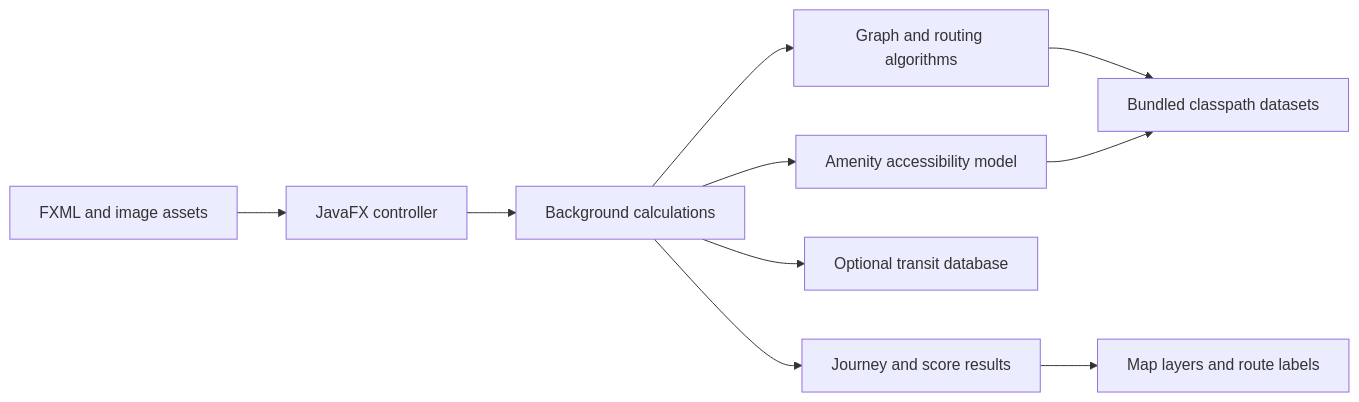
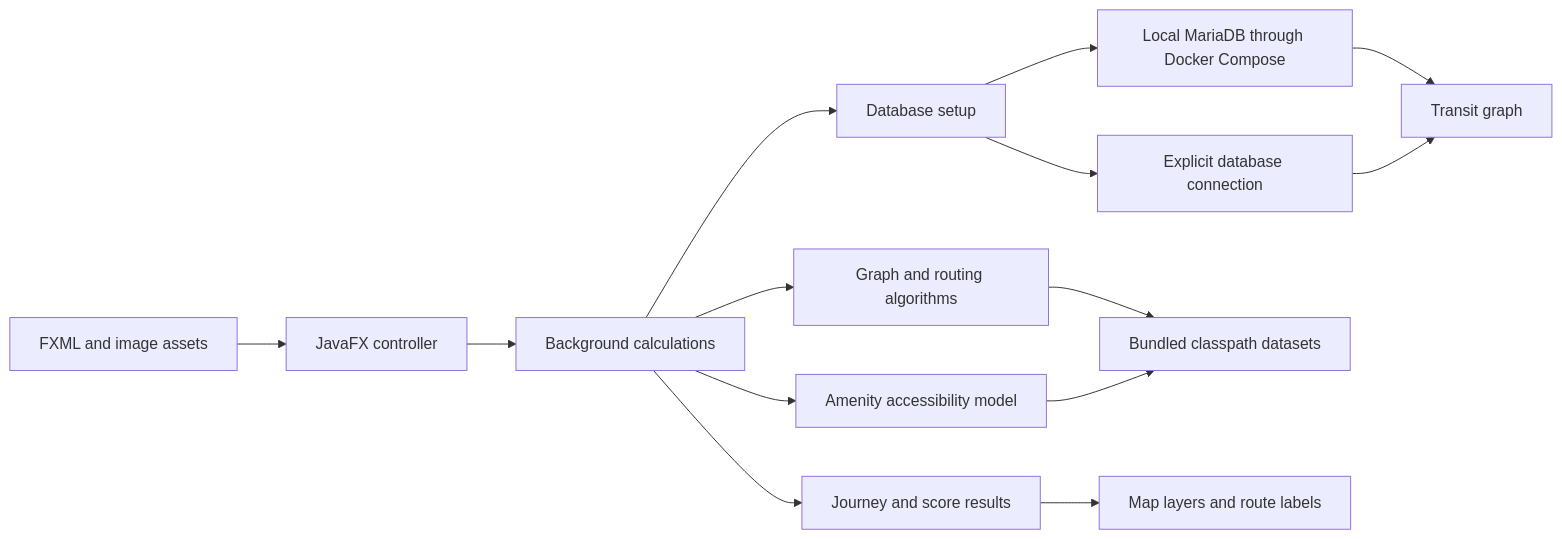
Before and after one commit to sarpery/Transitor: the diagram in docs/architecture.md, drawn with Mermaid. The commit also changed other lines of this file and 16 other files, not shown here.

First line of the commit message:
Start and configure the transit database automatically

````diff
--- a/docs/architecture.md
+++ b/docs/architecture.md
@@ -5,12 +5,16 @@
 ```mermaid
 flowchart LR
     View[FXML and image assets] --> UI[JavaFX controller]
     UI --> Tasks[Background calculations]
     Tasks --> Routes[Graph and routing algorithms]
     Tasks --> Scores[Amenity accessibility model]
-    Tasks --> Transit[Optional transit database]
+    Tasks --> Setup[Database setup]
+    Setup --> Docker[Local MariaDB through Docker Compose]
+    Setup --> Manual[Explicit database connection]
+    Docker --> Transit[Transit graph]
+    Manual --> Transit
     Routes --> Data[Bundled classpath datasets]
     Scores --> Data
     Tasks --> Results[Journey and score results]
     Results --> Layers[Map layers and route labels]
 ```
````
